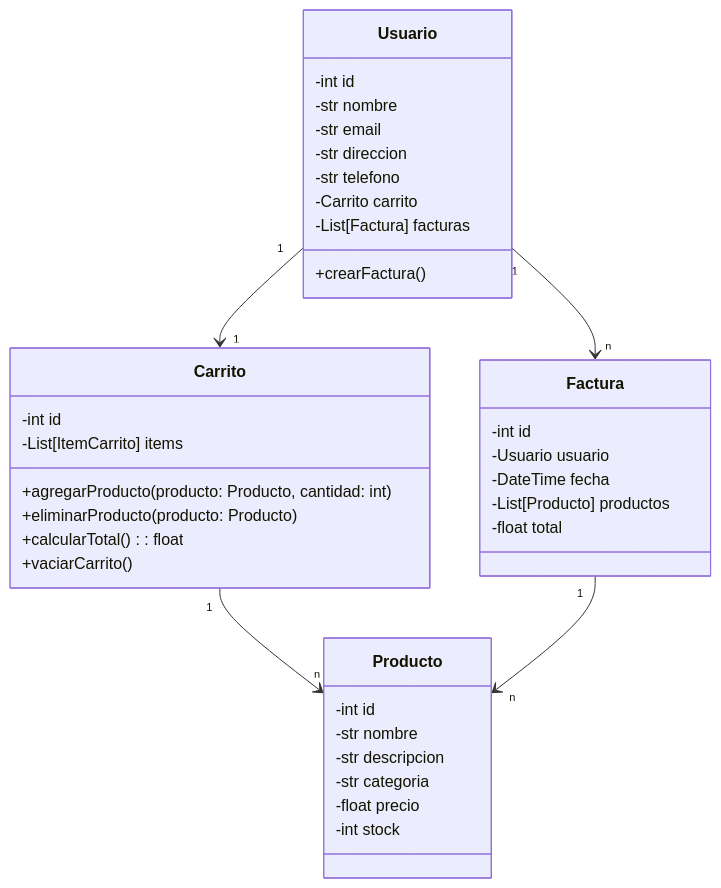
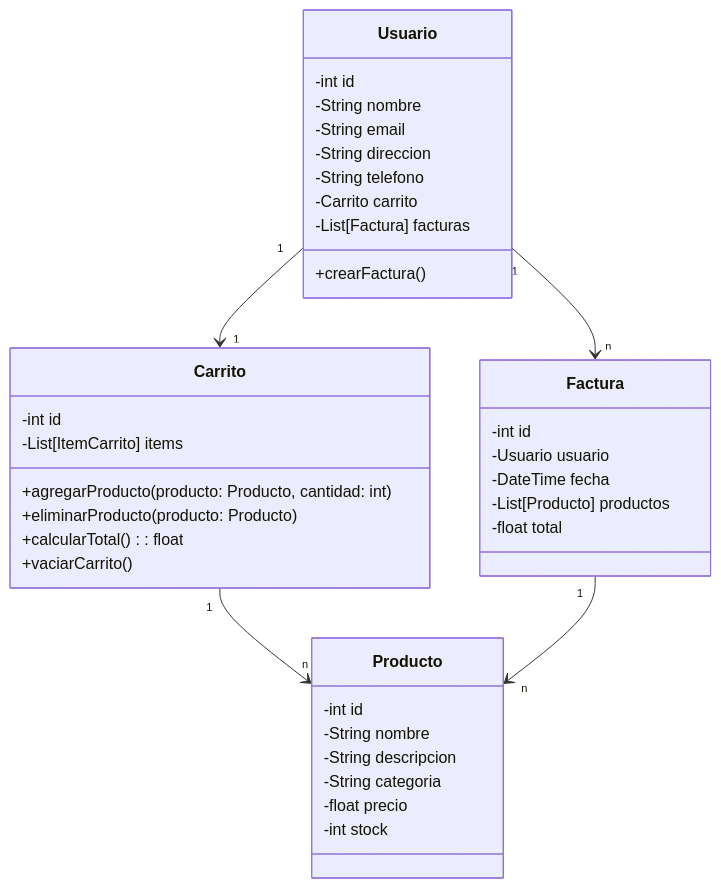
One commit to IvanPopiel/CarritoDeCompras changed the first of 2 diagrams in README.md. Above: the diagram before and after it, drawn with Mermaid.

````diff
--- a/README.md
+++ b/README.md
@@ -7,44 +7,44 @@
 ```mermaid
 classDiagram
     class Usuario {
         -int id
-        -str nombre
-        -str email
-        -str direccion
-        -str telefono
+        -String nombre
+        -String email
+        -String direccion
+        -String telefono
         -Carrito carrito
         -List[Factura] facturas
         +crearFactura()
     }
 
     class Carrito {
         -int id
         -List[ItemCarrito] items
         +agregarProducto(producto: Producto, cantidad: int)
         +eliminarProducto(producto: Producto)
         +calcularTotal() : float
         +vaciarCarrito()
     }
 
     class Producto {
         -int id
-        -str nombre
-        -str descripcion
-        -str categoria
+        -String nombre
+        -String descripcion
+        -String categoria
         -float precio
         -int stock
     }
 
     class Factura {
         -int id
         -Usuario usuario
         -DateTime fecha
         -List[Producto] productos
         -float total
     }
 
     Usuario "1" --> "1" Carrito 
     Usuario "1" --> "n" Factura 
     Carrito "1" --> "n" Producto 
     Factura "1" --> "n" Producto 
 ```
````
